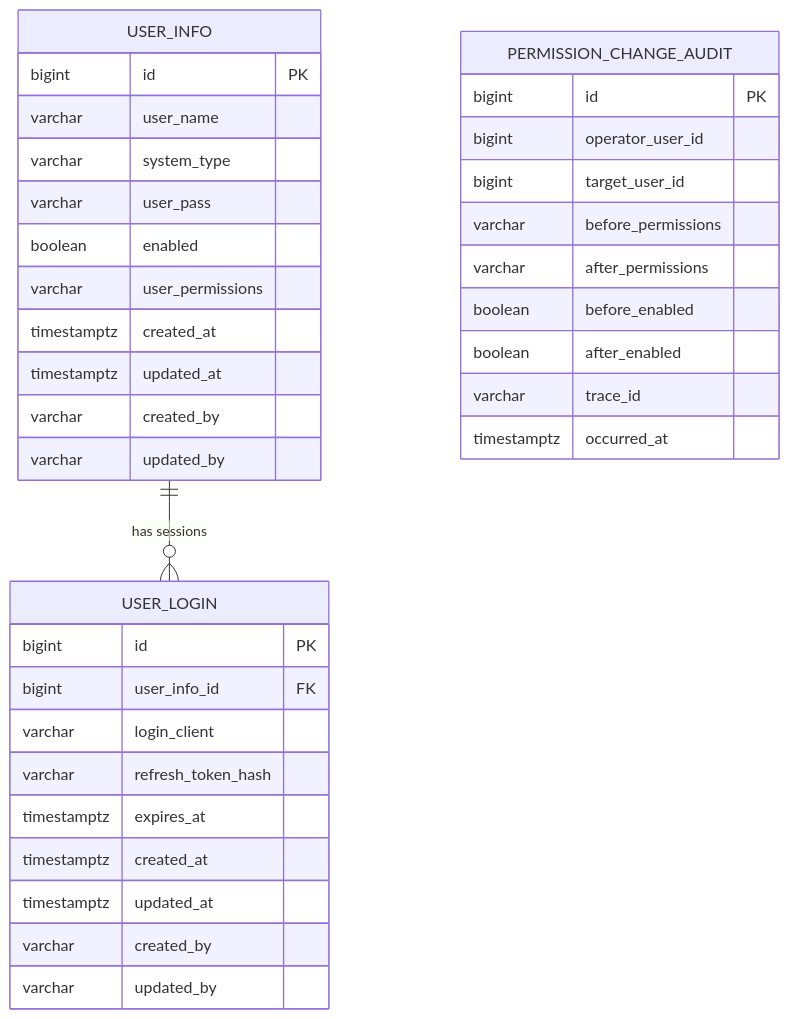
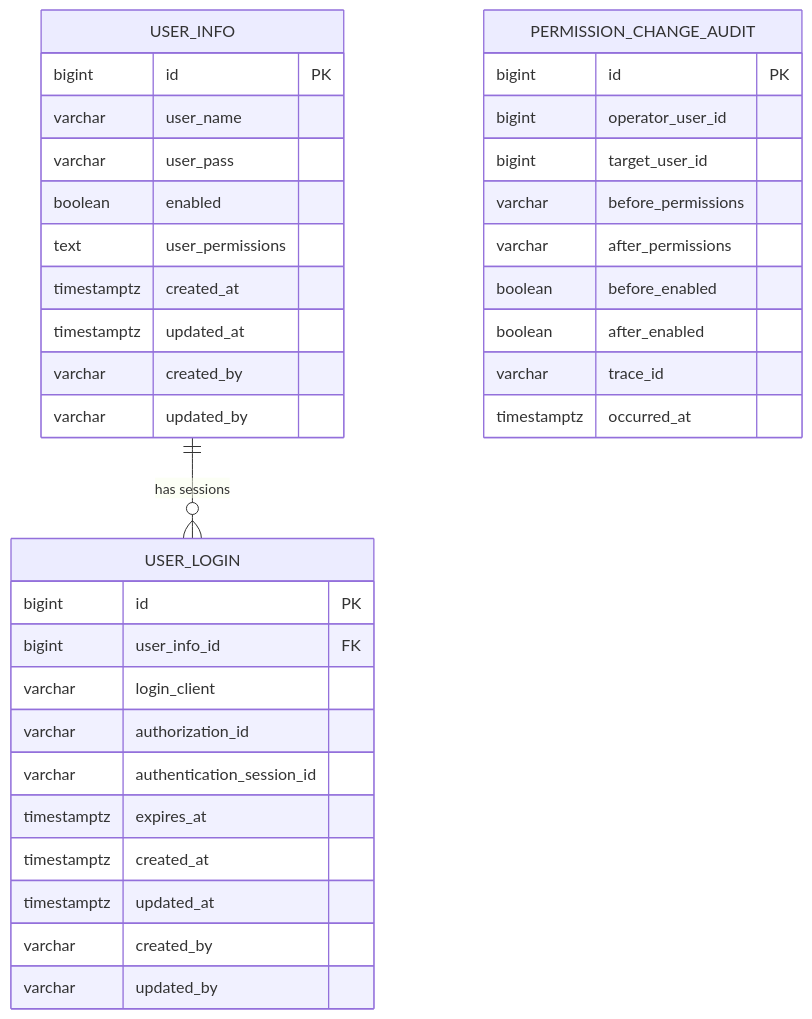
Before and after one commit to bbcdabao/baosys: the diagram in docs/modules/manager/database_design.md, drawn with Mermaid. The commit also changed other lines of this file and 260 other files, not shown here.

````diff
--- a/docs/modules/manager/database_design.md
+++ b/docs/modules/manager/database_design.md
@@ -16,41 +18,41 @@
 ```mermaid
 erDiagram
     USER_INFO ||--o{ USER_LOGIN : "has sessions"
 
     USER_INFO {
         bigint id PK
         varchar user_name
-        varchar system_type
         varchar user_pass
         boolean enabled
-        varchar user_permissions
+        text user_permissions
         timestamptz created_at
         timestamptz updated_at
         varchar created_by
         varchar updated_by
     }
 
     USER_LOGIN {
         bigint id PK
         bigint user_info_id FK
         varchar login_client
-        varchar refresh_token_hash
+        varchar authorization_id
+        varchar authentication_session_id
         timestamptz expires_at
         timestamptz created_at
         timestamptz updated_at
         varchar created_by
         varchar updated_by
     }
 
     PERMISSION_CHANGE_AUDIT {
         bigint id PK
         bigint operator_user_id
         bigint target_user_id
         varchar before_permissions
         varchar after_permissions
         boolean before_enabled
         boolean after_enabled
         varchar trace_id
         timestamptz occurred_at
     }
 ```
````
